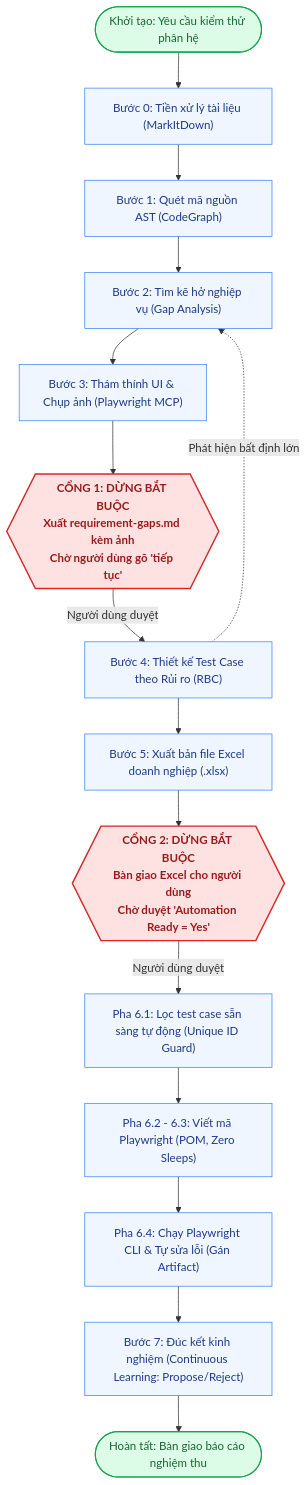
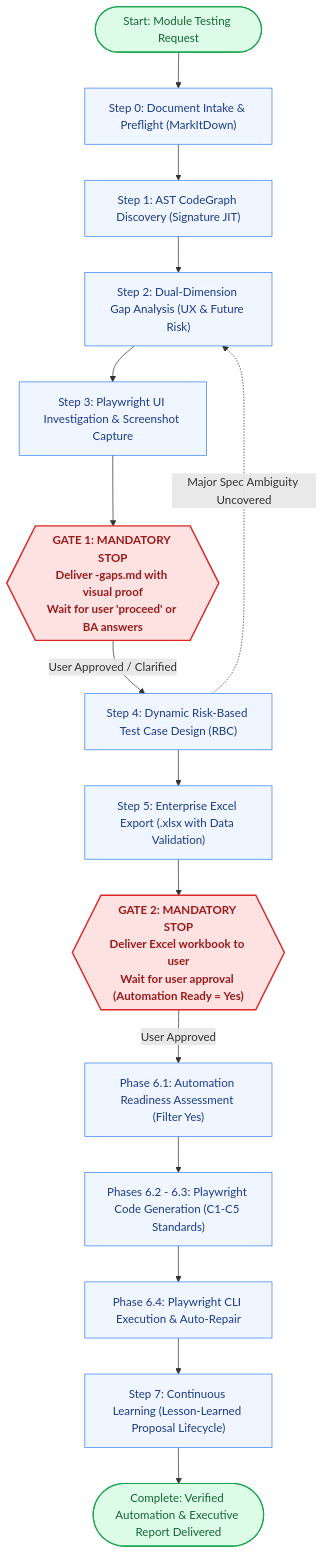
The diagram in README.md (Dang-nhut-tan/QA-skill), drawn with Mermaid before and after one commit. The commit also changed other lines of this file and 16 other files, not shown here.

````diff
--- a/README.md
+++ b/README.md
@@ -71,28 +71,28 @@
 ```mermaid
 flowchart TD
-    Start(["Khởi tạo: Yêu cầu kiểm thử phân hệ"]) --> S0["Bước 0: Tiền xử lý tài liệu (MarkItDown)"]
-    S0 --> S1["Bước 1: Quét mã nguồn AST (CodeGraph)"]
-    S1 --> S2["Bước 2: Tìm kẽ hở nghiệp vụ (Gap Analysis)"]
-    S2 --> S3["Bước 3: Thám thính UI & Chụp ảnh (Playwright MCP)"]
+    Start(["Start: Module Testing Request"]) --> S0["Step 0: Document Intake & Preflight (MarkItDown)"]
+    S0 --> S1["Step 1: AST CodeGraph Discovery (Signature JIT)"]
+    S1 --> S2["Step 2: Dual-Dimension Gap Analysis (UX & Future Risk)"]
+    S2 --> S3["Step 3: Playwright UI Investigation & Screenshot Capture"]
     
-    S3 --> Gate1{{"CỔNG 1: DỪNG BẮT BUỘC\nXuất requirement-gaps.md kèm ảnh\nChờ người dùng gõ 'tiếp tục'"}}
+    S3 --> Gate1{{"GATE 1: MANDATORY STOP\nDeliver <module>-gaps.md with visual proof\nWait for user 'proceed' or BA answers"}}
     
-    Gate1 -- "Người dùng duyệt" --> S4["Bước 4: Thiết kế Test Case theo Rủi ro (RBC)"]
-    S4 -. "Phát hiện bất định lớn" .-> S2
-    S4 --> S5["Bước 5: Xuất bản file Excel doanh nghiệp (.xlsx)"]
+    Gate1 -- "User Approved / Clarified" --> S4["Step 4: Dynamic Risk-Based Test Case Design (RBC)"]
+    S4 -. "Major Spec Ambiguity Uncovered" .-> S2
+    S4 --> S5["Step 5: Enterprise Excel Export (.xlsx with Data Validation)"]
     
-    S5 --> Gate2{{"CỔNG 2: DỪNG BẮT BUỘC\nBàn giao Excel cho người dùng\nChờ duyệt 'Automation Ready = Yes'"}}
+    S5 --> Gate2{{"GATE 2: MANDATORY STOP\nDeliver Excel workbook to user\nWait for user approval (Automation Ready = Yes)"}}
     
-    Gate2 -- "Người dùng duyệt" --> S61["Pha 6.1: Lọc test case sẵn sàng tự động (Unique ID Guard)"]
-    S61 --> S62["Pha 6.2 - 6.3: Viết mã Playwright (POM, Zero Sleeps)"]
-    S62 --> S64["Pha 6.4: Chạy Playwright CLI & Tự sửa lỗi (Gán Artifact)"]
-    S64 --> S7["Bước 7: Đúc kết kinh nghiệm (Continuous Learning: Propose/Reject)"]
-    S7 --> EndNode(["Hoàn tất: Bàn giao báo cáo nghiệm thu"])
+    Gate2 -- "User Approved" --> S61["Phase 6.1: Automation Readiness Assessment (Filter Yes)"]
+    S61 --> S62["Phases 6.2 - 6.3: Playwright Code Generation (C1-C5 Standards)"]
+    S62 --> S64["Phase 6.4: Playwright CLI Execution & Auto-Repair"]
+    S64 --> S7["Step 7: Continuous Learning (Lesson-Learned Proposal Lifecycle)"]
+    S7 --> EndNode(["Complete: Verified Automation & Executive Report Delivered"])
 
     classDef stop fill:#FEE2E2,stroke:#DC2626,stroke-width:2px,color:#991B1B,font-weight:bold;
     classDef step fill:#EFF6FF,stroke:#3B82F6,stroke-width:1px,color:#1E3A8A;
     classDef done fill:#DCFCE7,stroke:#16A34A,stroke-width:1.5px,color:#166534;
     class Gate1,Gate2 stop;
     class S0,S1,S2,S3,S4,S5,S61,S62,S64,S7 step;
     class Start,EndNode done;
 ```
````
